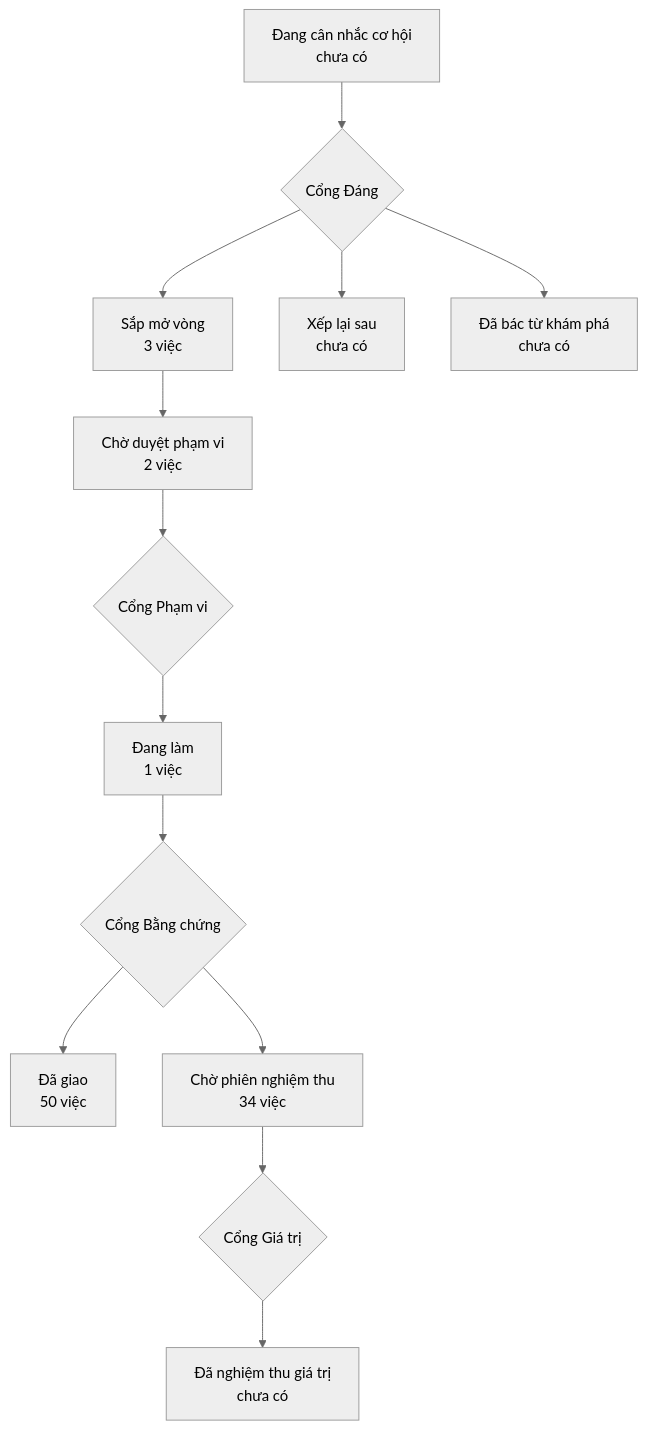
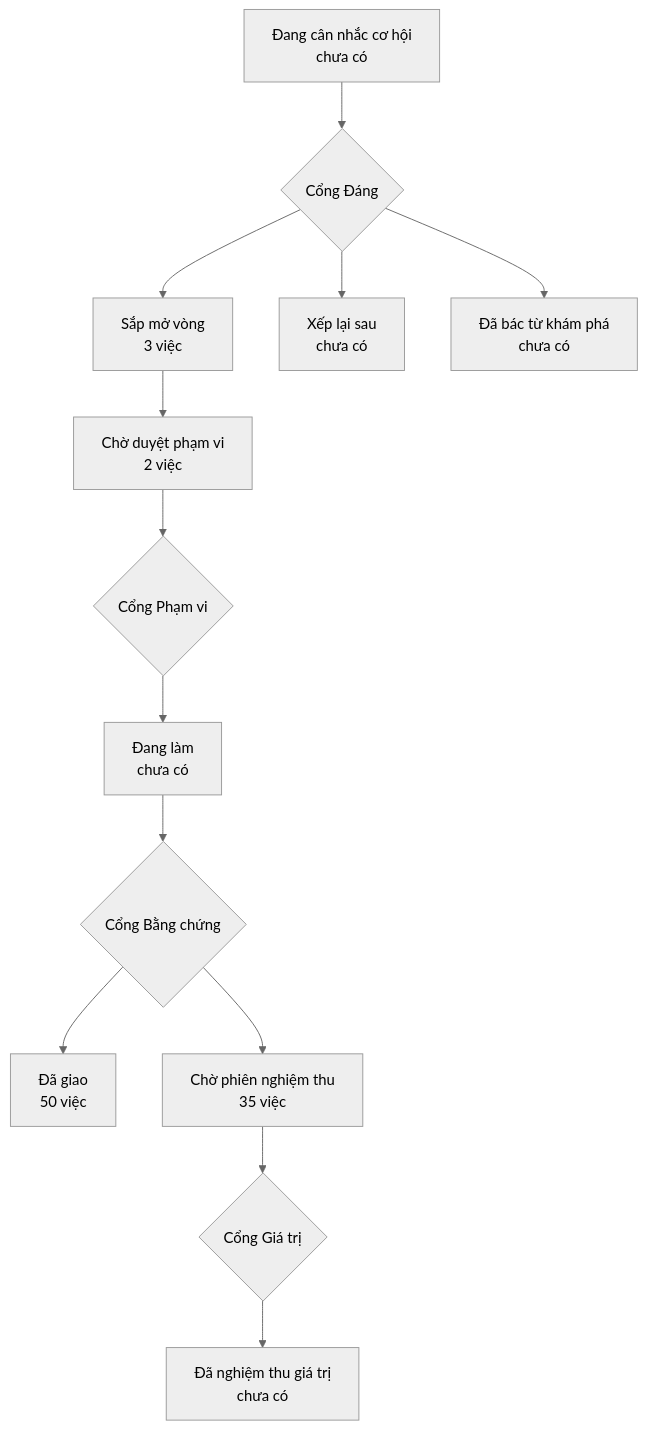
The diagram in PRODUCT-MAP.md (phanlemanh/onehub-invest), drawn with Mermaid (neutral theme) before and after one commit. The commit also changed other lines of this file and 4 other files, not shown here.

````diff
--- a/PRODUCT-MAP.md
+++ b/PRODUCT-MAP.md
@@ -7,12 +7,12 @@
 ```mermaid
 flowchart TD
   A["Đang cân nhắc cơ hội<br/>chưa có"] --> GD{"Cổng Đáng"}
   GD --> B["Sắp mở vòng<br/>3 việc"]
   GD --> XL["Xếp lại sau<br/>chưa có"]
   GD --> DB["Đã bác từ khám phá<br/>chưa có"]
   B --> CD["Chờ duyệt phạm vi<br/>2 việc"] --> GP{"Cổng Phạm vi"}
-  GP --> DL["Đang làm<br/>1 việc"] --> GB{"Cổng Bằng chứng"}
+  GP --> DL["Đang làm<br/>chưa có"] --> GB{"Cổng Bằng chứng"}
   GB --> DG["Đã giao<br/>50 việc"]
-  GB --> CN["Chờ phiên nghiệm thu<br/>34 việc"] --> GG{"Cổng Giá trị"}
+  GB --> CN["Chờ phiên nghiệm thu<br/>35 việc"] --> GG{"Cổng Giá trị"}
   GG --> NT["Đã nghiệm thu giá trị<br/>chưa có"]
 ```
````
